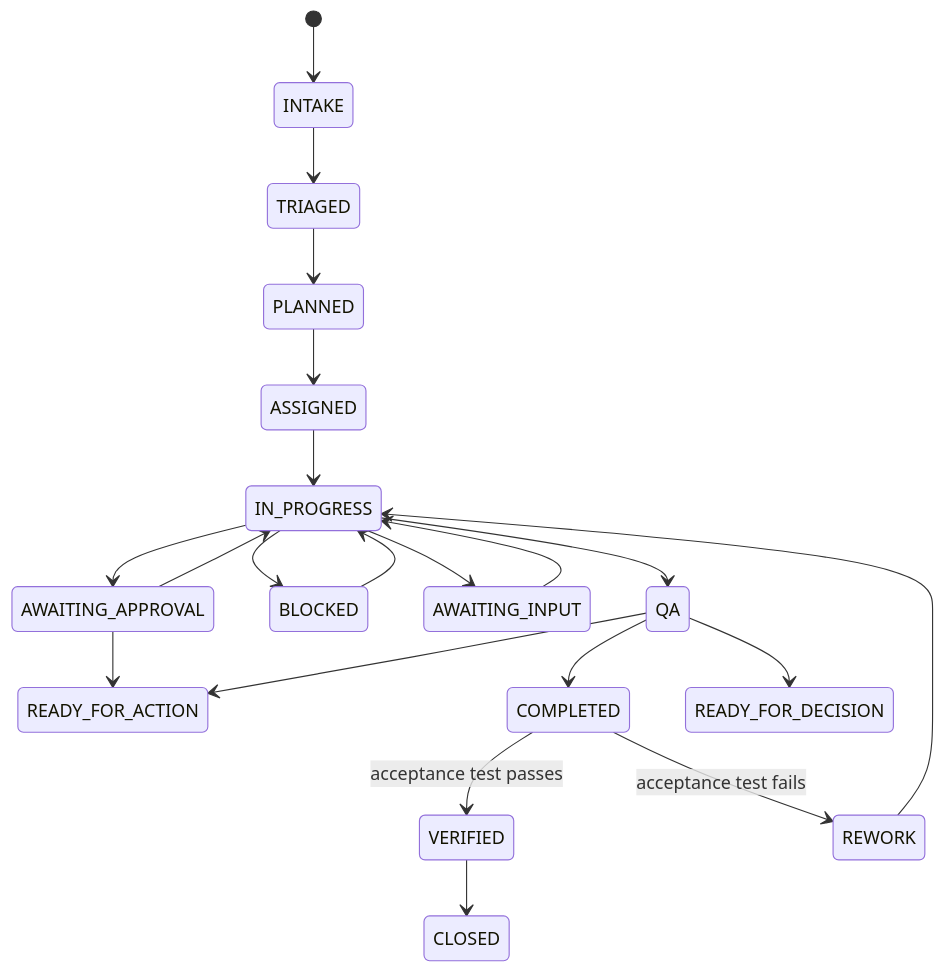
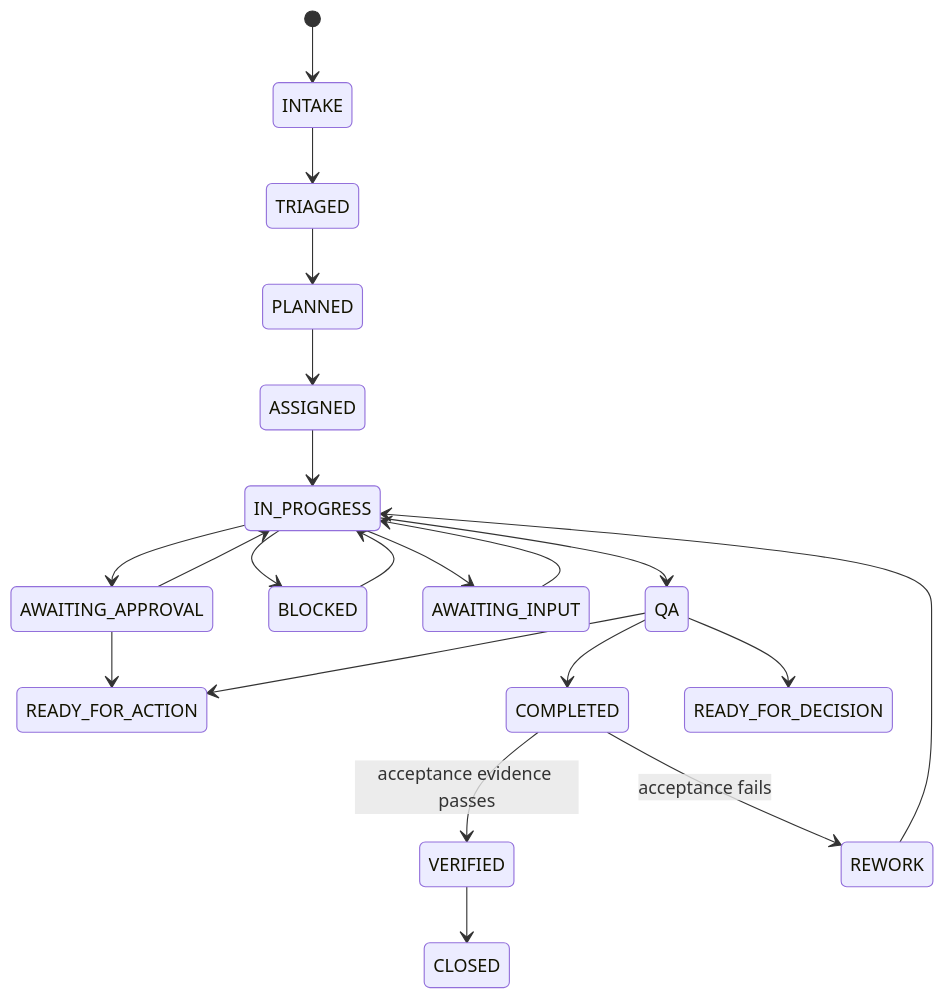
The second of 2 diagrams in README.md (mkleinbe/mesh-ai-agent-cos-universe), drawn with Mermaid before and after one commit. The commit also changed other lines of this file, not shown here.

````diff
--- a/README.md
+++ b/README.md
@@ -114,23 +164,23 @@
 ```mermaid
 stateDiagram-v2
     [*] --> INTAKE
     INTAKE --> TRIAGED
     TRIAGED --> PLANNED
     PLANNED --> ASSIGNED
     ASSIGNED --> IN_PROGRESS
     IN_PROGRESS --> QA
     IN_PROGRESS --> BLOCKED
     IN_PROGRESS --> AWAITING_INPUT
     IN_PROGRESS --> AWAITING_APPROVAL
     BLOCKED --> IN_PROGRESS
     AWAITING_INPUT --> IN_PROGRESS
     AWAITING_APPROVAL --> READY_FOR_ACTION
     AWAITING_APPROVAL --> IN_PROGRESS
     QA --> COMPLETED
     QA --> READY_FOR_DECISION
     QA --> READY_FOR_ACTION
-    COMPLETED --> VERIFIED: acceptance test passes
-    COMPLETED --> REWORK: acceptance test fails
+    COMPLETED --> VERIFIED: acceptance evidence passes
+    COMPLETED --> REWORK: acceptance fails
     REWORK --> IN_PROGRESS
     VERIFIED --> CLOSED
 ```
````
